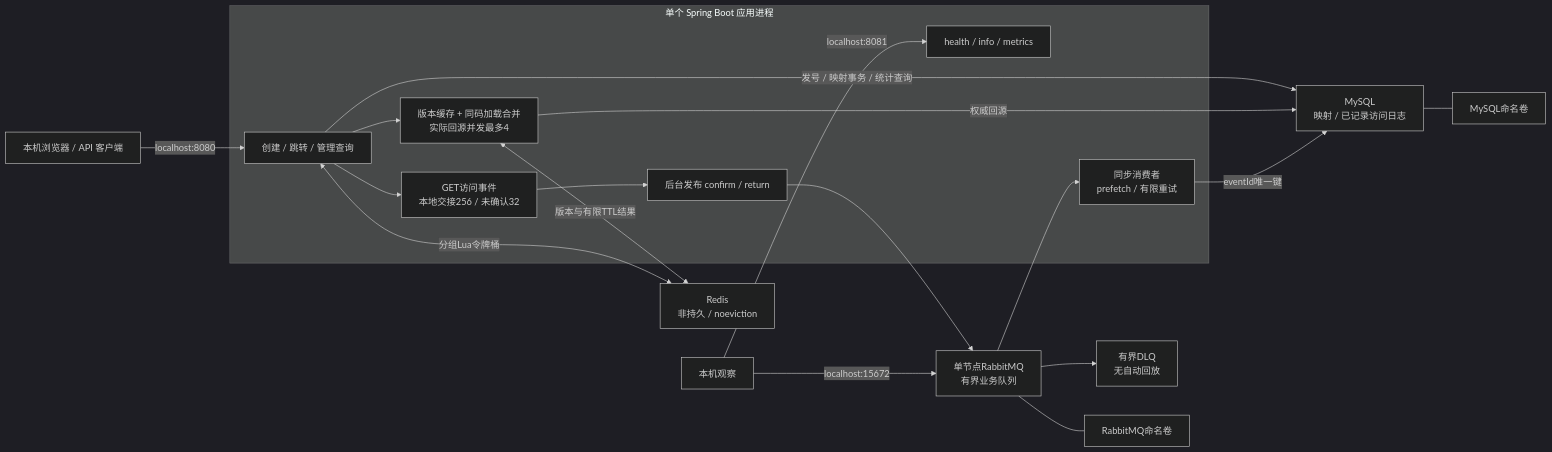
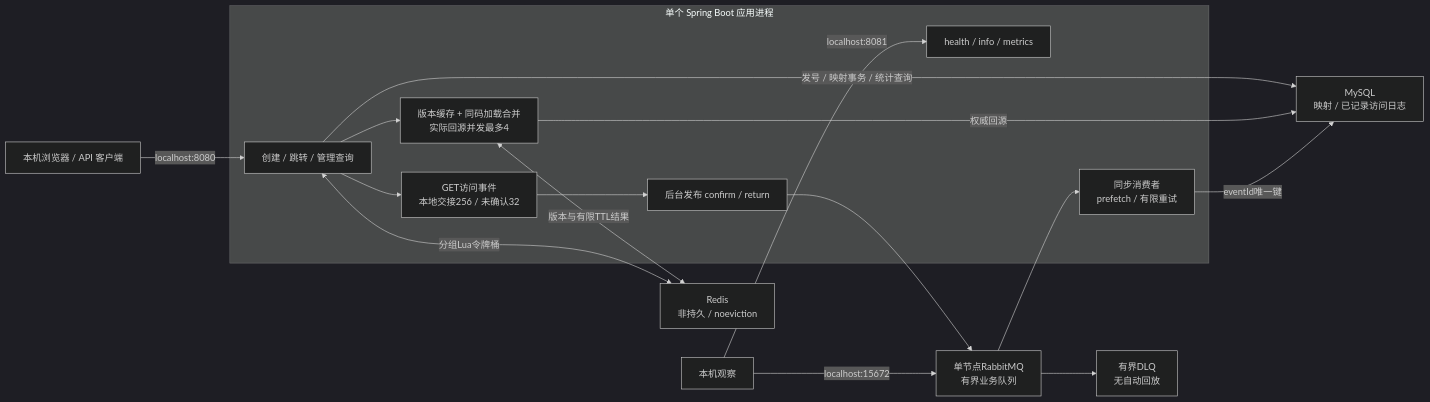
The diagram in README.md (yjhaes/Link), drawn with Mermaid (dark theme) before and after one commit. The commit also changed other lines of this file and 129 other files, not shown here.

````diff
--- a/README.md
+++ b/README.md
@@ -11,33 +13,31 @@
 ```mermaid
 flowchart LR
     U[本机浏览器 / API 客户端] -->|localhost:8080| HTTP
     O[本机观察] -->|localhost:8081| ACT
     O -->|localhost:15672| MQ
     subgraph APP[单个 Spring Boot 应用进程]
       HTTP[创建 / 跳转 / 管理查询]
       ACT[health / info / metrics]
       LOAD[版本缓存 + 同码加载合并
 实际回源并发最多4]
       HAND[GET访问事件
 本地交接256 / 未确认32]
       PUB[后台发布 confirm / return]
       CON[同步消费者
 prefetch / 有限重试]
       HTTP --> LOAD
       HTTP --> HAND --> PUB
     end
     HTTP -->|发号 / 映射事务 / 统计查询| DB
     LOAD -->|权威回源| DB
     LOAD <-->|版本与有限TTL结果| REDIS
     HTTP <-->|分组Lua令牌桶| REDIS
     PUB --> MQ[单节点RabbitMQ
 有界业务队列]
     MQ --> CON -->|eventId唯一键| DB[MySQL
 映射 / 已记录访问日志]
     MQ --> DLQ[有界DLQ
 无自动回放]
-    DB --- V1[MySQL命名卷]
-    MQ --- V2[RabbitMQ命名卷]
     REDIS[Redis
 非持久 / noeviction]
 ```
````
